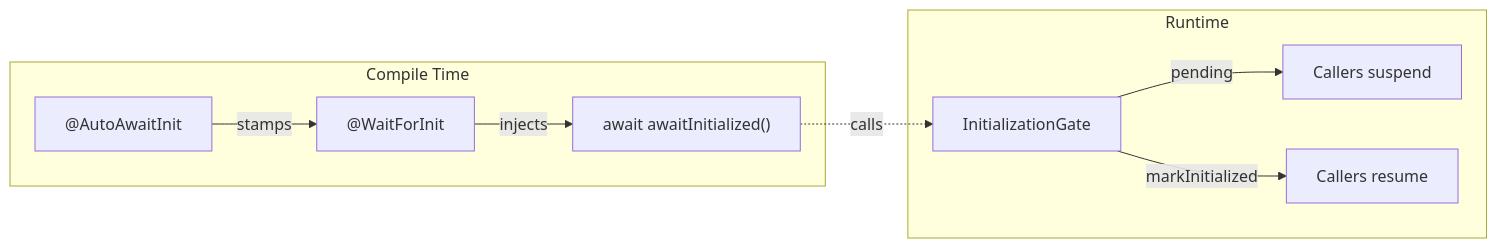
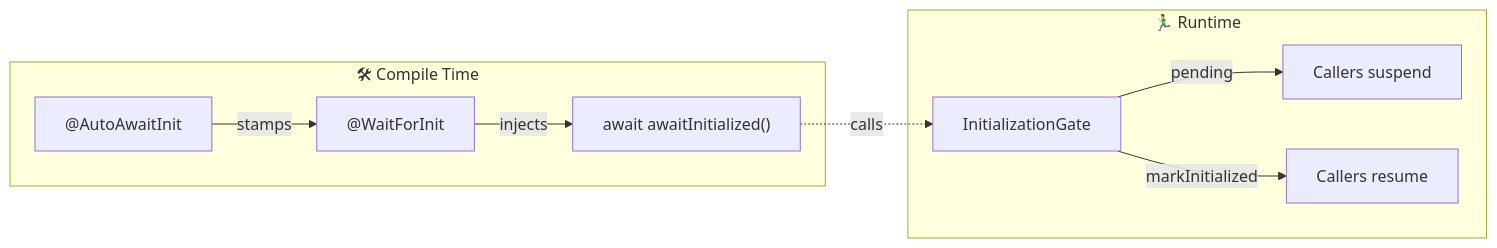
The first of 5 diagrams in README.md (k-arindam/Initializable), drawn with Mermaid before and after one commit. The commit also changed other lines of this file, not shown here.

````diff
--- a/README.md
+++ b/README.md
@@ -132,14 +142,14 @@
 ```mermaid
 graph LR
-    subgraph "Compile Time"
+    subgraph "🛠 Compile Time"
         A["@AutoAwaitInit"] -->|stamps| B["@WaitForInit"]
         B -->|injects| C["await awaitInitialized()"]
     end
 
-    subgraph "Runtime"
+    subgraph "🏃‍♂️ Runtime"
         D["InitializationGate"] -->|pending| E["Callers suspend"]
         D -->|markInitialized| F["Callers resume"]
     end
 
     C -.->|calls| D
 ```
````
